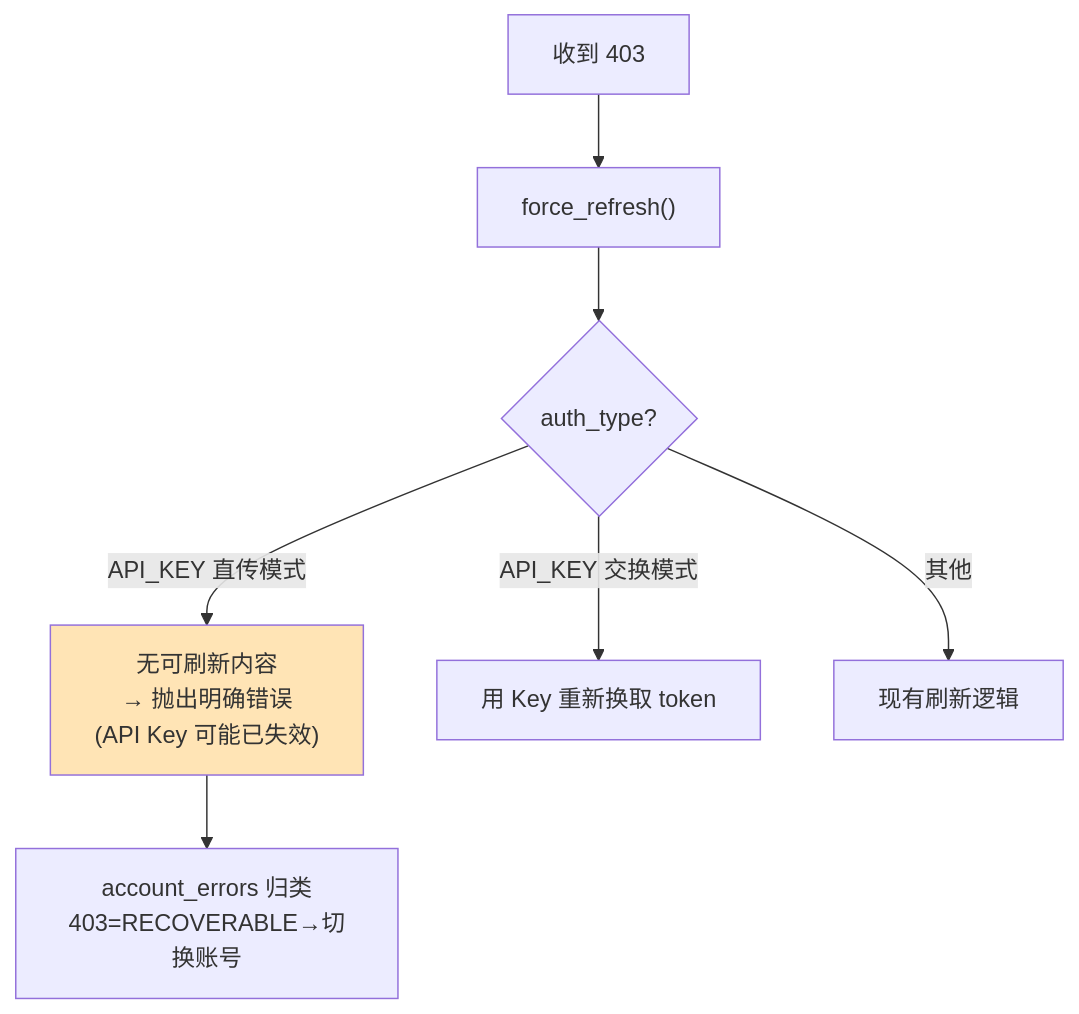
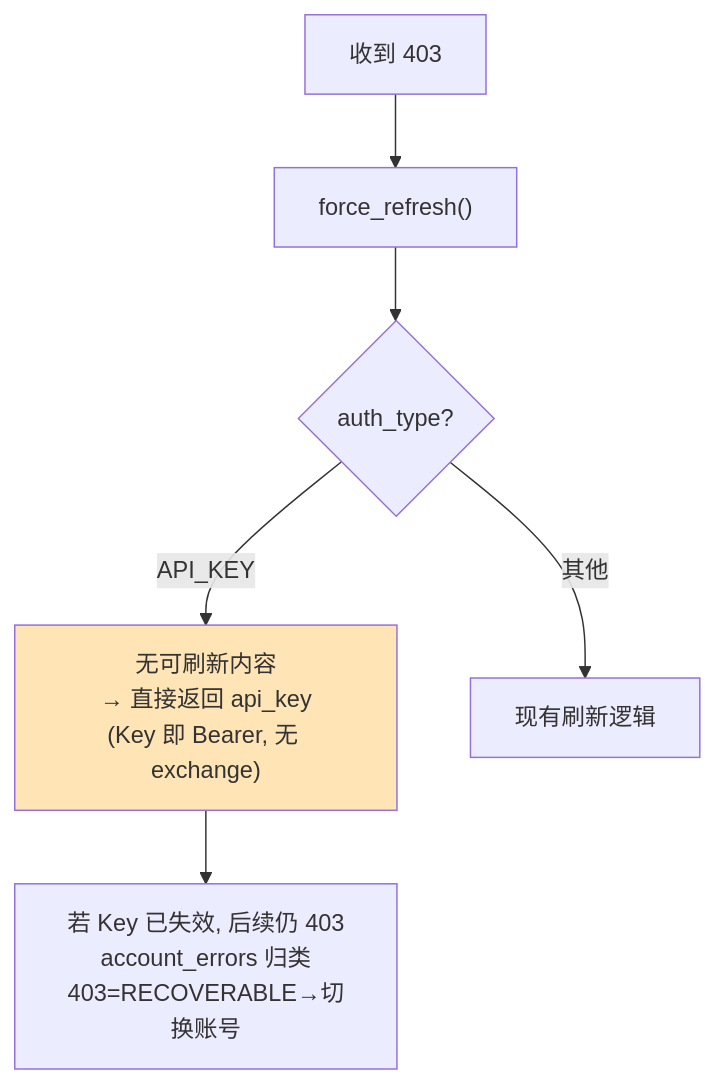
One commit to liangyimingcom/kiro-gateway_jwadow changed diagram 15 of 18 in docs/zh/API_KEY_AUTH_DESIGN.md. Above: the diagram before and after it, drawn with Mermaid. The commit also changed other lines of this file and 7 other files, not shown here.

First line of the commit message:
fix(auth): correct API Key protocol to direct Bearer + profile discovery

````diff
--- a/docs/zh/API_KEY_AUTH_DESIGN.md
+++ b/docs/zh/API_KEY_AUTH_DESIGN.md
@@ -492,12 +537,11 @@
 ```mermaid
 flowchart TD
     F403["收到 403"] --> FR["force_refresh()"]
     FR --> TYPE{auth_type?}
-    TYPE -->|API_KEY 直传模式| HANDLE["无可刷新内容<br/>→ 抛出明确错误<br/>(API Key 可能已失效)"]
-    TYPE -->|API_KEY 交换模式| REEXCHANGE["用 Key 重新换取 token"]
+    TYPE -->|API_KEY| HANDLE["无可刷新内容<br/>→ 直接返回 api_key<br/>(Key 即 Bearer, 无 exchange)"]
     TYPE -->|其他| EXISTING["现有刷新逻辑"]
 
-    HANDLE --> CLASSIFY["account_errors 归类<br/>403=RECOVERABLE→切换账号"]
+    HANDLE --> CLASSIFY["若 Key 已失效, 后续仍 403<br/>account_errors 归类<br/>403=RECOVERABLE→切换账号"]
 
     style HANDLE fill:#FFE4B5
 ```
````
